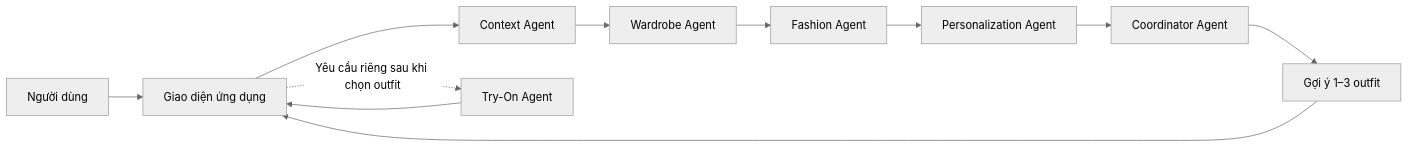
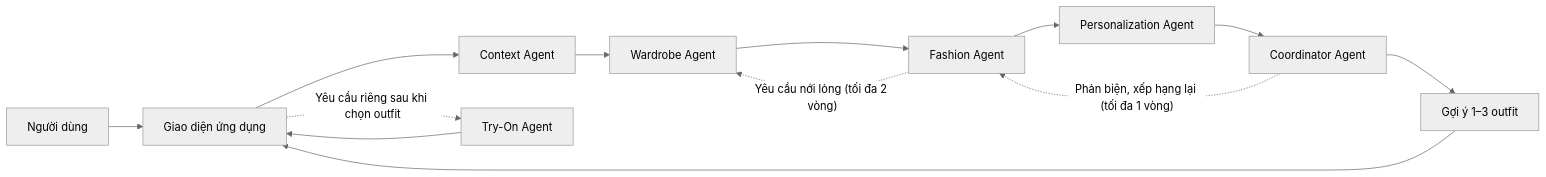
The second of 4 diagrams in thesis/tro_ly_phoi_do_thong_minh_multi_agent.md (LongTeaa/Multi-Agent-Fashion-Stylist), drawn with Mermaid (neutral theme) before and after one commit. The commit also changed other lines of this file and 2 other files, not shown here.

````diff
--- a/thesis/tro_ly_phoi_do_thong_minh_multi_agent.md
+++ b/thesis/tro_ly_phoi_do_thong_minh_multi_agent.md
@@ -70,13 +75,15 @@
 ```mermaid
 flowchart LR
     User["Người dùng"] --> UI["Giao diện ứng dụng"]
     UI --> Context["Context Agent"]
     Context --> Wardrobe["Wardrobe Agent"]
     Wardrobe --> Fashion["Fashion Agent"]
     Fashion --> Personal["Personalization Agent"]
     Personal --> Coord["Coordinator Agent"]
+    Fashion -. "Yêu cầu nới lỏng (tối đa 2 vòng)" .-> Wardrobe
+    Coord -. "Phản biện, xếp hạng lại (tối đa 1 vòng)" .-> Fashion
     Coord --> Result["Gợi ý 1–3 outfit"]
     Result --> UI
     UI -. "Yêu cầu riêng sau khi chọn outfit" .-> TryOn["Try-On Agent"]
     TryOn --> UI
 ```
````
